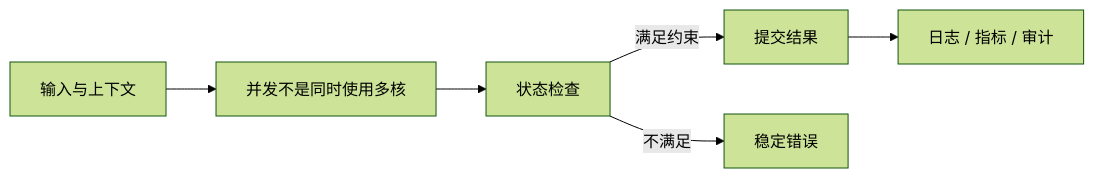
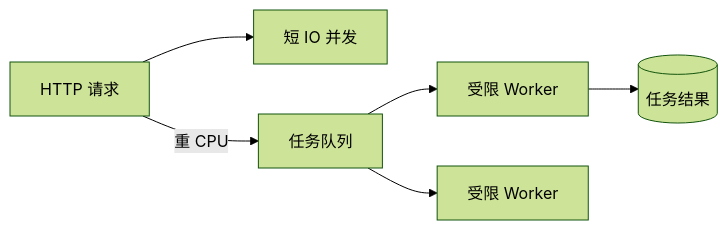
Before and after one commit to upJiang/jiang-blog-vitepress: the diagram in docs/backend/runtime-concurrency-node-python-go.md, drawn with Mermaid (forest theme). The commit also changed other lines of this file and 341 other files, not shown here.

````diff
--- a/docs/backend/runtime-concurrency-node-python-go.md
+++ b/docs/backend/runtime-concurrency-node-python-go.md
@@ -35,8 +69,8 @@
 ```mermaid
 flowchart LR
-  A[输入与上下文] --> B[并发不是同时使用多核]
-  B --> C[状态检查]
-  C -->|满足约束| D[提交结果]
-  C -->|不满足| E[稳定错误]
-  D --> F[日志 / 指标 / 审计]
+  REQ[HTTP 请求] --> IO[短 IO 并发]
+  REQ -->|重 CPU| QUEUE[任务队列]
+  QUEUE --> W1[受限 Worker]
+  QUEUE --> W2[受限 Worker]
+  W1 --> RESULT[(任务结果)]
 ```
````
